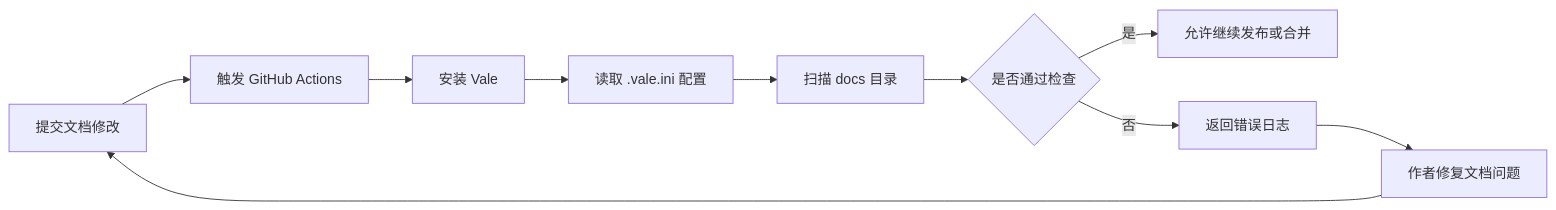
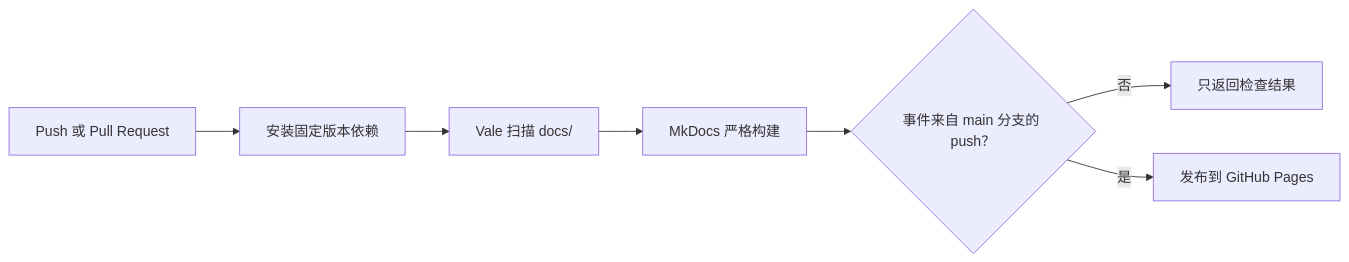
The diagram in docs/github-actions-workflow.md (alison2fun/tech-docs-portfolio), drawn with Mermaid before and after one commit. The commit also changed other lines of this file and 10 other files, not shown here.

````diff
--- a/docs/github-actions-workflow.md
+++ b/docs/github-actions-workflow.md
@@ -22,12 +16,9 @@
 ```mermaid
 flowchart LR
-    A[提交文档修改] --> B[触发 GitHub Actions]
-    B --> C[安装 Vale]
-    C --> D[读取 .vale.ini 配置]
-    D --> E[扫描 docs 目录]
-    E --> F{是否通过检查}
-    F -- 是 --> G[允许继续发布或合并]
-    F -- 否 --> H[返回错误日志]
-    H --> I[作者修复文档问题]
-    I --> A
+    A["Push 或 Pull Request"] --> B["安装固定版本依赖"]
+    B --> C["Vale 扫描 docs/"]
+    C --> D["MkDocs 严格构建"]
+    D --> E{"事件来自 main 分支的 push？"}
+    E -- "否" --> F["只返回检查结果"]
+    E -- "是" --> G["发布到 GitHub Pages"]
 ```
````
